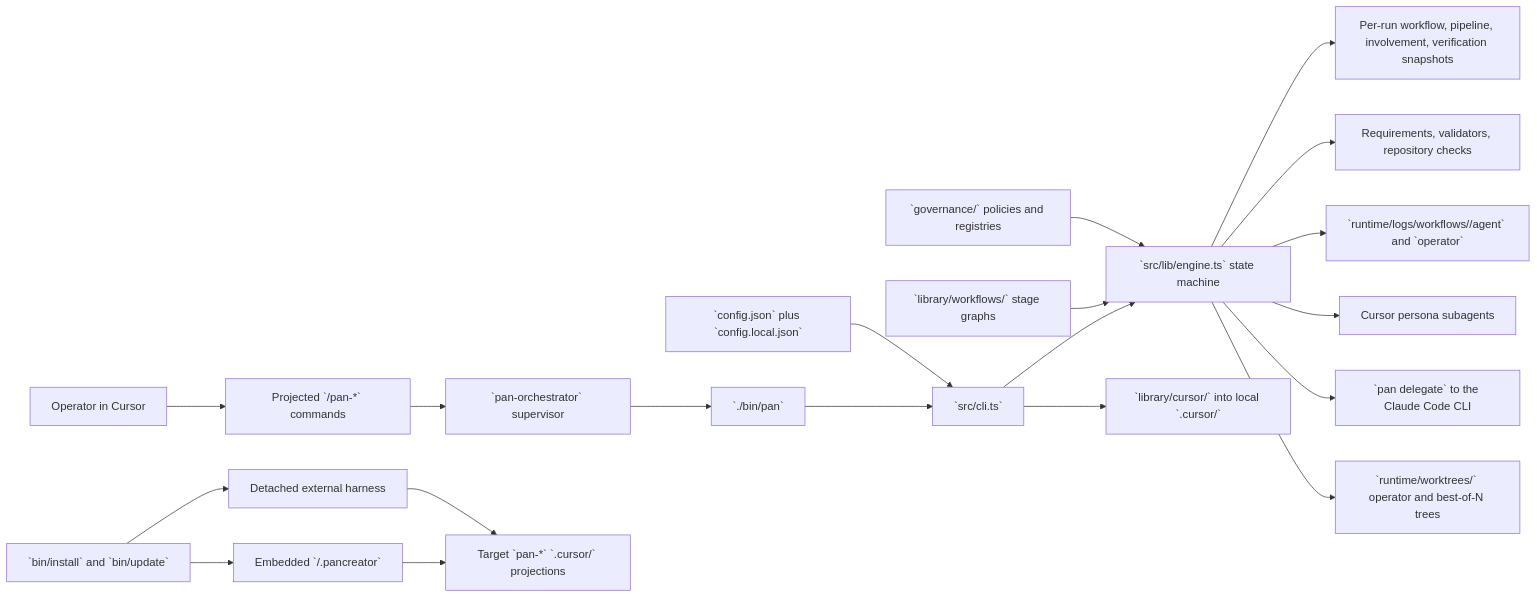
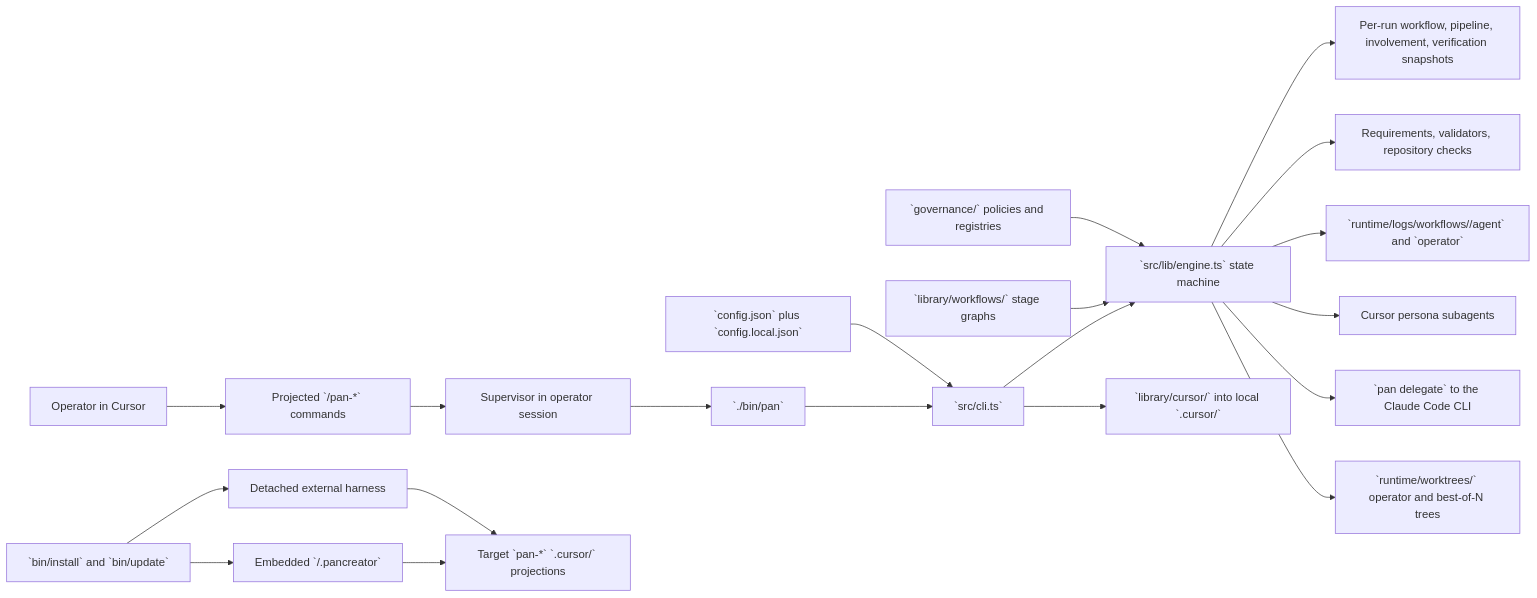
The diagram in docs/target-repo-primer.md (alenlukic/pancreator), drawn with Mermaid before and after one commit. The commit also changed other lines of this file and 65 other files, not shown here.

First line of the commit message:
release: v4.1.0 Run the workflow supervisor in the operator session instead of through a nested…

````diff
--- a/docs/target-repo-primer.md
+++ b/docs/target-repo-primer.md
@@ -58,22 +58,22 @@
 ```mermaid
 flowchart LR
   Operator[Operator in Cursor] --> Commands[Projected `/pan-*` commands]
-  Commands --> Supervisor[`pan-orchestrator` supervisor]
+  Commands --> Supervisor[Supervisor in operator session]
   Supervisor --> Pan[`./bin/pan`]
   Pan --> CLI[`src/cli.ts`]
   CLI --> Engine[`src/lib/engine.ts` state machine]
   Config[`config.json` plus `config.local.json`] --> CLI
   Workflows[`library/workflows/` stage graphs] --> Engine
   Governance[`governance/` policies and registries] --> Engine
   Engine --> Snapshots[Per-run workflow, pipeline, involvement, verification snapshots]
   Engine --> Requirements[Requirements, validators, repository checks]
   Engine --> Runtime[`runtime/logs/workflows/<run-id>/agent` and `operator`]
   Engine --> CursorWorkers[Cursor persona subagents]
   Engine --> External[`pan delegate` to the Claude Code CLI]
   Engine --> Worktrees[`runtime/worktrees/` operator and best-of-N trees]
   CLI --> Projection[`library/cursor/` into local `.cursor/`]
   Installer[`bin/install` and `bin/update`] --> Embedded[Embedded `<target>/.pancreator`]
   Installer --> Detached[Detached external harness]
   Embedded --> TargetCursor[Target `pan-*` `.cursor/` projections]
   Detached --> TargetCursor
 ```
````
